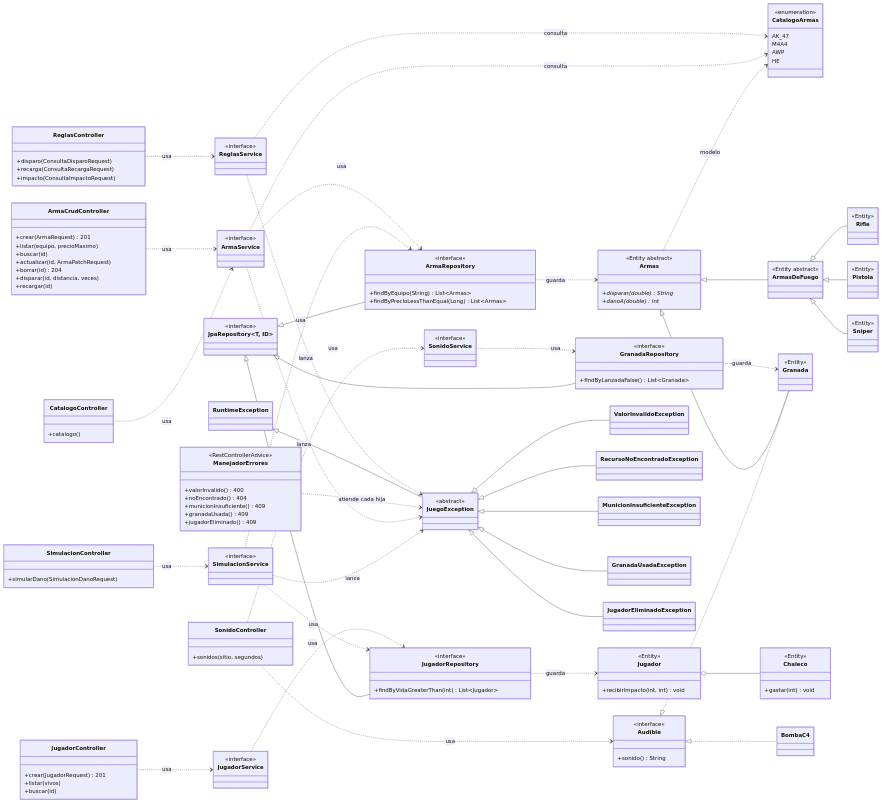
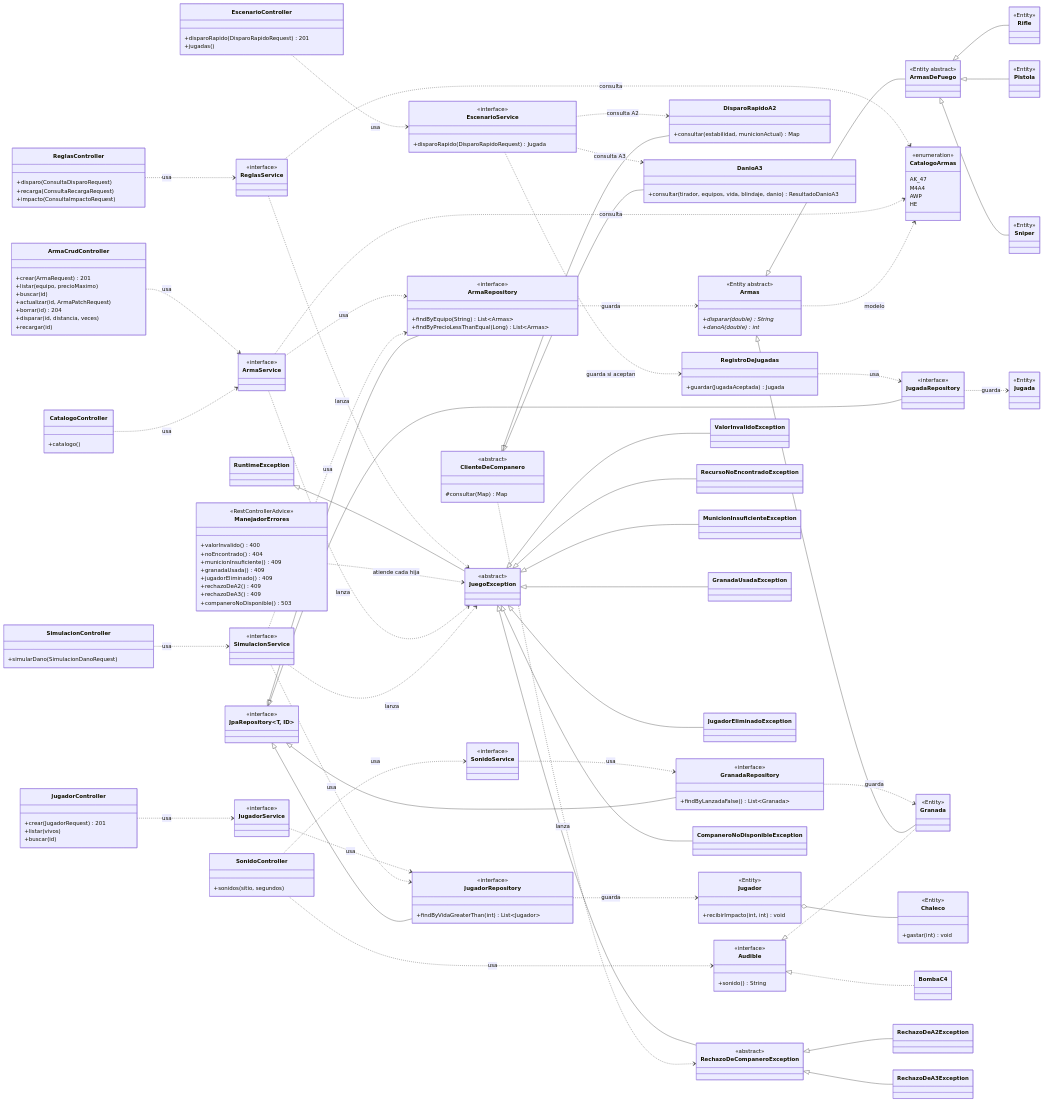
The first of 2 diagrams in README.md (Pomona06/MK-taller-git-2026), drawn with Mermaid before and after one commit. The commit also changed other lines of this file and 2 other files, not shown here.

First line of the commit message:
docs: README y especificaciones de POO-09 con el grupo y el escenario

```diff
--- a/README.md
+++ b/README.md
@@ -340,6 +488,10 @@
     class SonidoController {
         +sonidos(sitio, segundos)
     }
+    class EscenarioController {
+        +disparoRapido(DisparoRapidoRequest) 201
+        +jugadas()
+    }
     class ReglasController {
         +disparo(ConsultaDisparoRequest)
         +recarga(ConsultaRecargaRequest)
@@ -352,6 +504,9 @@
         +municionInsuficiente() 409
         +granadaUsada() 409
         +jugadorEliminado() 409
+        +rechazoDeA2() 409
+        +rechazoDeA3() 409
+        +companeroNoDisponible() 503
     }
     class ArmaService {
         <<interface>>
@@ -367,6 +522,29 @@
     }
     class ReglasService {
         <<interface>>
+    }
+    class EscenarioService {
+        <<interface>>
+        +disparoRapido(DisparoRapidoRequest) Jugada
+    }
+    class RegistroDeJugadas {
+        +guardar(JugadaAceptada) Jugada
+    }
+    class ClienteDeCompanero {
+        <<abstract>>
+        #consultar(Map) Map
+    }
+    class DisparoRapidoA2 {
+        +consultar(estabilidad, municionActual) Map
+    }
+    class DanioA3 {
+        +consultar(tirador, equipos, vida, blindaje, danio) ResultadoDanioA3
+    }
+    class JugadaRepository {
+        <<interface>>
+    }
+    class Jugada {
+        <<Entity>>
     }
     class CatalogoArmas {
         <<enumeration>>
@@ -433,6 +611,12 @@
     class MunicionInsuficienteException
     class GranadaUsadaException
     class JugadorEliminadoException
+    class RechazoDeCompaneroException {
+        <<abstract>>
+    }
+    class RechazoDeA2Exception
+    class RechazoDeA3Exception
+    class CompaneroNoDisponibleException
 
     ArmaCrudController ..> ArmaService : usa
     CatalogoController ..> ArmaService : usa
@@ -455,6 +639,15 @@
     ArmaRepository ..> Armas : guarda
     GranadaRepository ..> Granada : guarda
     JugadorRepository ..> Jugador : guarda
+    EscenarioController ..> EscenarioService : usa
+    EscenarioService ..> DisparoRapidoA2 : consulta A2
+    EscenarioService ..> DanioA3 : consulta A3
+    EscenarioService ..> RegistroDeJugadas : guarda si aceptan
+    RegistroDeJugadas ..> JugadaRepository : usa
+    JpaRepository <|-- JugadaRepository
+    JugadaRepository ..> Jugada : guarda
+    ClienteDeCompanero <|-- DisparoRapidoA2
+    ClienteDeCompanero <|-- DanioA3
     Armas ..> CatalogoArmas : modelo
     Armas <|-- ArmasDeFuego
     Armas <|-- Granada
@@ -470,6 +663,11 @@
     JuegoException <|-- MunicionInsuficienteException
     JuegoException <|-- GranadaUsadaException
     JuegoException <|-- JugadorEliminadoException
+    JuegoException <|-- RechazoDeCompaneroException
+    RechazoDeCompaneroException <|-- RechazoDeA2Exception
+    RechazoDeCompaneroException <|-- RechazoDeA3Exception
+    JuegoException <|-- CompaneroNoDisponibleException
+    ClienteDeCompanero ..> RechazoDeCompaneroException : lanza
     ManejadorErrores ..> JuegoException : atiende cada hija
     ArmaService ..> JuegoException : lanza
     SimulacionService ..> JuegoException : lanza
```
